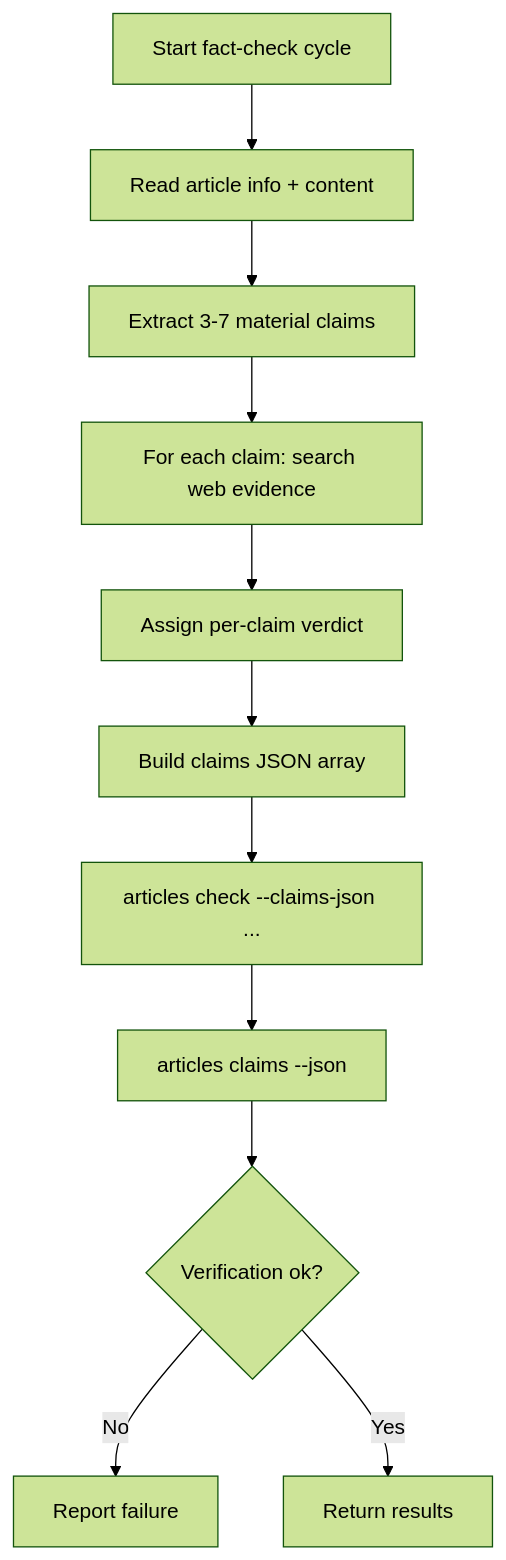
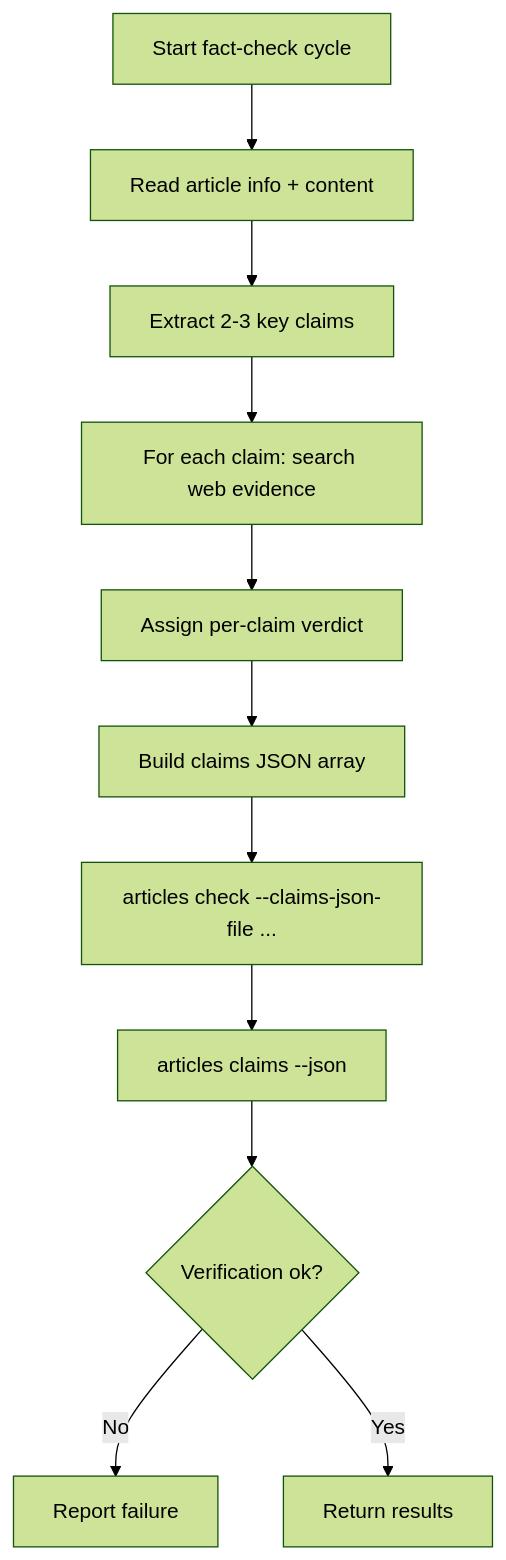
Before and after one commit to malvavisc0/news48: the diagram in news48/core/agents/skills/fact_checker/business-logic.md, drawn with Mermaid (forest theme). The commit also changed other lines of this file and 13 other files, not shown here.

Commit message:
improving fact checking flow

````diff
--- a/news48/core/agents/skills/fact_checker/business-logic.md
+++ b/news48/core/agents/skills/fact_checker/business-logic.md
@@ -5,13 +5,13 @@
 ```mermaid
 flowchart TD
     A[Start fact-check cycle] --> B[Read article info + content]
-    B --> C[Extract 3-7 material claims]
+    B --> C[Extract 2-3 key claims]
     C --> D[For each claim: search web evidence]
     D --> E[Assign per-claim verdict]
     E --> F[Build claims JSON array]
-    F --> G[articles check --claims-json ...]
+    F --> G[articles check --claims-json-file ...]
     G --> H[articles claims <id> --json]
     H --> I{Verification ok?}
     I -->|No| J[Report failure]
     I -->|Yes| K[Return results]
 ```
````
